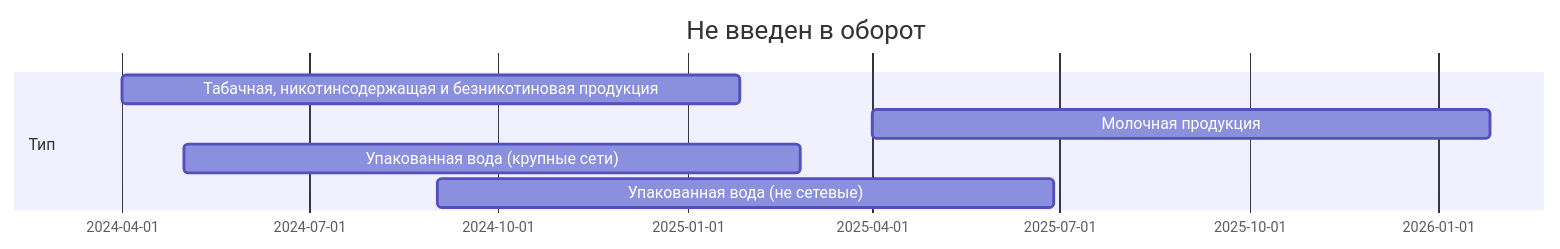
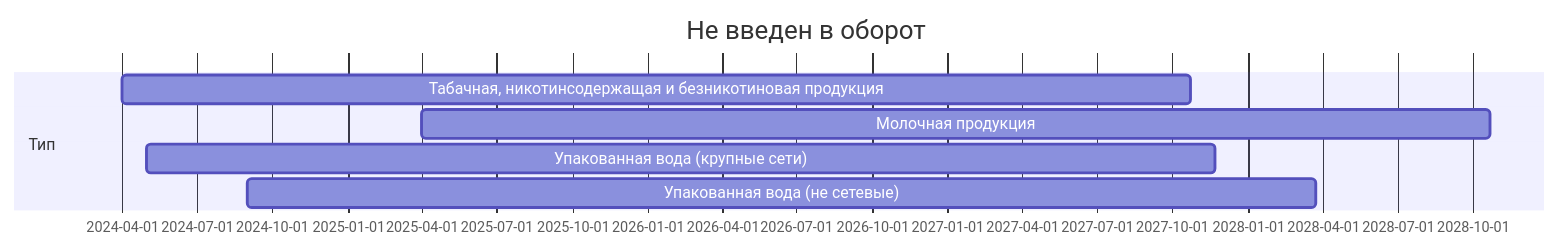
The fourth of 7 diagrams in imark/ppr1944.md (itidasoft/wiki), drawn with Mermaid before and after one commit. The commit also changed other lines of this file, not shown here.

````diff
--- a/imark/ppr1944.md
+++ b/imark/ppr1944.md
@@ -234,10 +234,10 @@
 ```mermaid
 gantt
 	title Не введен в оборот
   dateFormat DD-MM-YYYY
   section Тип
-  	Табачная, никотинсодержащая и безникотиновая продукция          :a1, 01-04-2024, 300d
-    Молочная продукция    :a2, 01-04-2025, 300d
-    Упакованная вода (крупные сети)   :a3, 01-05-2024, 300d
-    Упакованная вода (не сетевые)   :a4, 01-09-2024, 300d
+  	Табачная, никотинсодержащая и безникотиновая продукция          :a1, 01-04-2024, 1300d
+    Молочная продукция    :a2, 01-04-2025, 1300d
+    Упакованная вода (крупные сети)   :a3, 01-05-2024, 1300d
+    Упакованная вода (не сетевые)   :a4, 01-09-2024, 1300d
 ```
````
